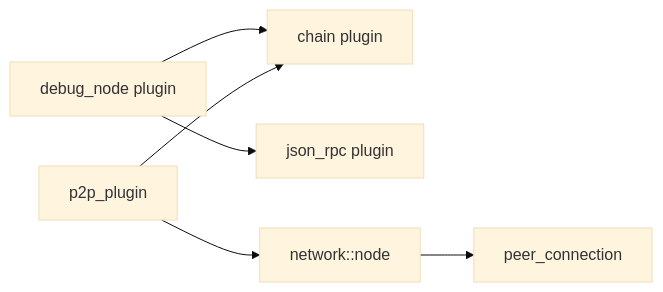
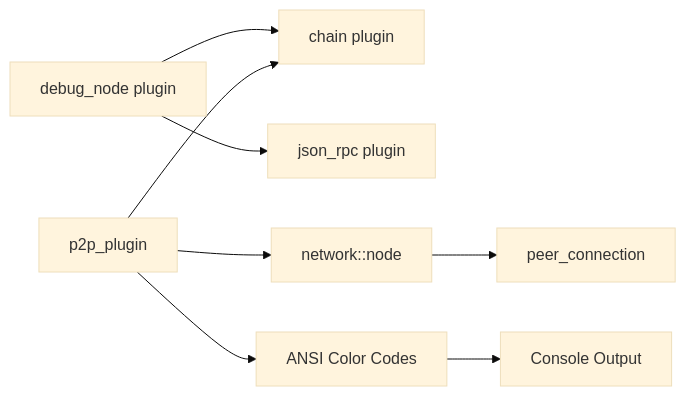
Before and after one commit to VIZ-Blockchain/viz-cpp-node: the sixth of 8 diagrams in .qoder/repowiki/en/content/Development Tools/Debugging Tools/Debugging Tools.md, drawn with Mermaid (base theme). The commit also changed other lines of this file and 3 other files, not shown here.

First line of the commit message:
docs(debugging): enhance P2P plugin logging with ANSI color codes

````diff
--- a/.qoder/repowiki/en/content/Development Tools/Debugging Tools/Debugging Tools.md
+++ b/.qoder/repowiki/en/content/Development Tools/Debugging Tools/Debugging Tools.md
@@ -271,8 +309,10 @@
 ```mermaid
 graph LR
 DNP["debug_node plugin"] --> Chain["chain plugin"]
 DNP --> JSONRPC["json_rpc plugin"]
 P2P["p2p_plugin"] --> Chain
 P2P --> NetNode["network::node"]
 NetNode --> PeerConn["peer_connection"]
+P2P --> ColorCodes["ANSI Color Codes"]
+ColorCodes --> Console["Console Output"]
 ```
````
